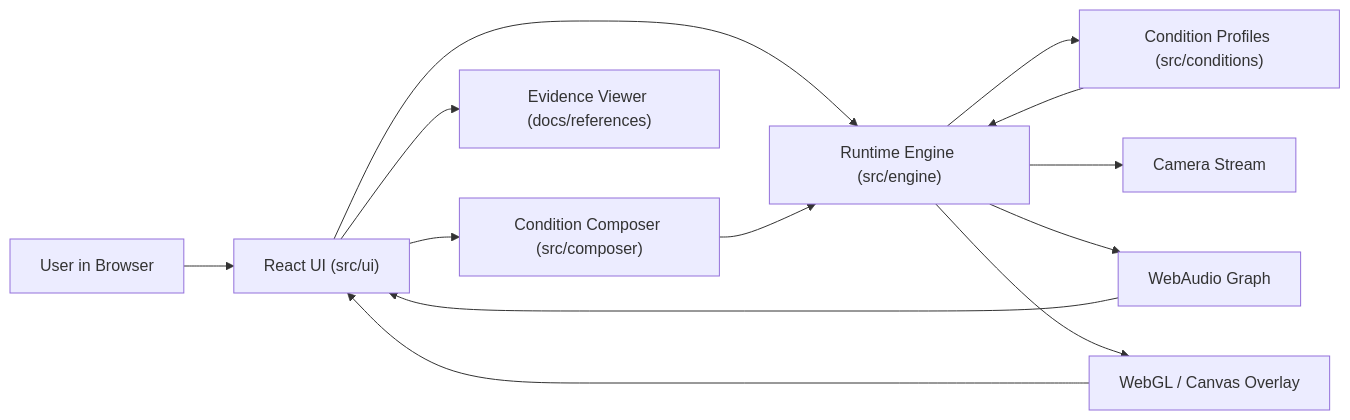
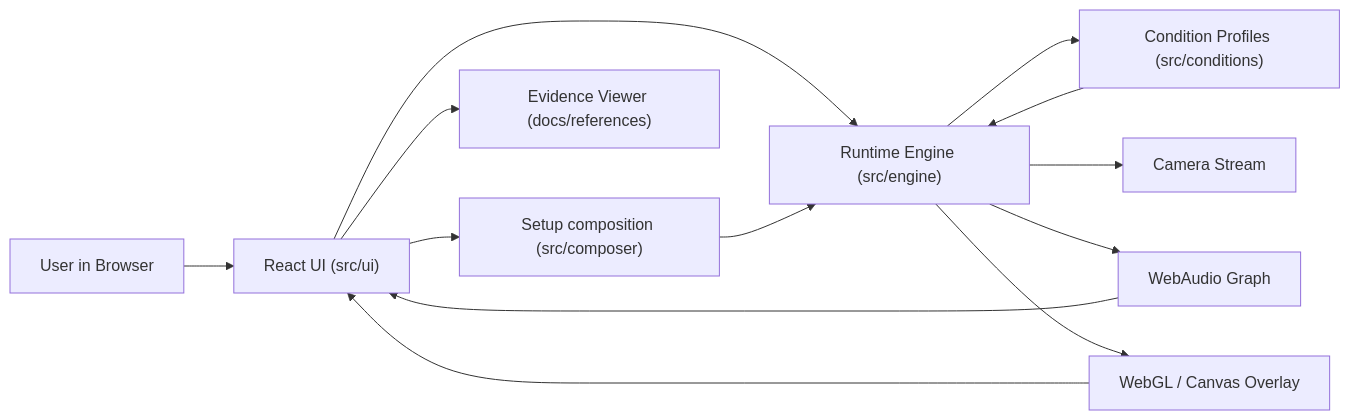
Before and after one commit to sebastianspicker/inner-echo: the first of 2 diagrams in README.md, drawn with Mermaid. The commit also changed other lines of this file and 117 other files, not shown here.

````diff
--- a/README.md
+++ b/README.md
@@ -95,18 +98,18 @@
 ```mermaid
 flowchart LR
   U["User in Browser"] --> UI["React UI (src/ui)"]
-  UI --> COMP["Condition Composer (src/composer)"]
+  UI --> COMP["Setup composition (src/composer)"]
   UI --> ENG["Runtime Engine (src/engine)"]
   UI --> EVID["Evidence Viewer (docs/references)"]
 
   COMP --> ENG
 
   ENG --> COND["Condition Profiles (src/conditions)"]
   ENG --> CAM["Camera Stream"]
   ENG --> AUD["WebAudio Graph"]
   ENG --> RENDER["WebGL / Canvas Overlay"]
 
   COND --> ENG
   RENDER --> UI
   AUD --> UI
 ```
````
